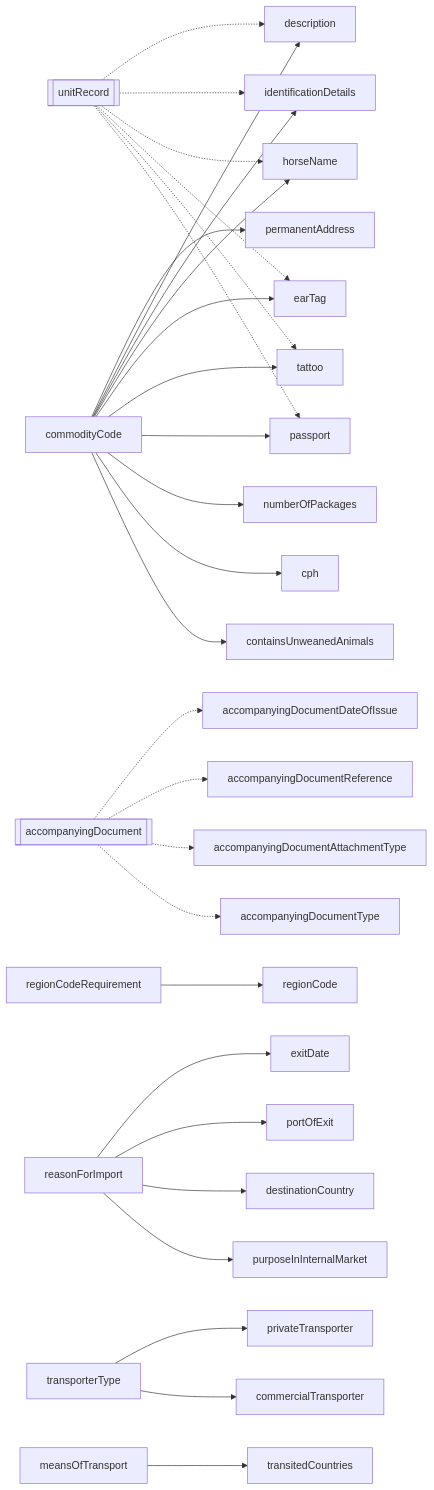
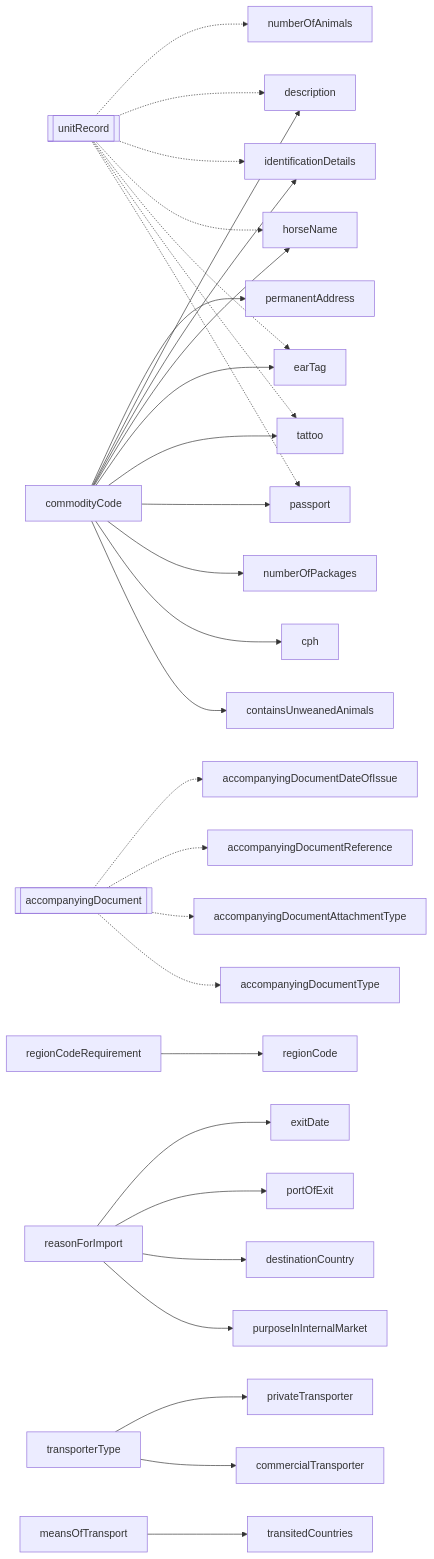
One commit to DEFRA/trade-imports-animals-frontend changed the first of 7 diagrams in prototypes/journey-config-spikes/EUDPA-249-flow-layer/MODEL.md. Above: the diagram before and after it, drawn with Mermaid. The commit also changed other lines of this file and 11 other files, not shown here.

````diff
--- a/prototypes/journey-config-spikes/EUDPA-249-flow-layer/MODEL.md
+++ b/prototypes/journey-config-spikes/EUDPA-249-flow-layer/MODEL.md
@@ -70,33 +72,34 @@
 ```mermaid
 graph LR
   unitRecord[[unitRecord]]
   accompanyingDocument[[accompanyingDocument]]
   regionCodeRequirement --> regionCode
   reasonForImport --> purposeInInternalMarket
   reasonForImport --> destinationCountry
   reasonForImport --> portOfExit
   reasonForImport --> exitDate
   commodityCode --> containsUnweanedAnimals
   transporterType --> commercialTransporter
   transporterType --> privateTransporter
   meansOfTransport --> transitedCountries
   commodityCode --> cph
   commodityCode --> numberOfPackages
   commodityCode --> passport
   commodityCode --> tattoo
   commodityCode --> earTag
   commodityCode --> horseName
   commodityCode --> identificationDetails
   commodityCode --> description
   commodityCode --> permanentAddress
   unitRecord -.-> passport
   unitRecord -.-> tattoo
   unitRecord -.-> earTag
   unitRecord -.-> horseName
   unitRecord -.-> identificationDetails
   unitRecord -.-> description
   accompanyingDocument -.-> accompanyingDocumentType
   accompanyingDocument -.-> accompanyingDocumentAttachmentType
   accompanyingDocument -.-> accompanyingDocumentReference
   accompanyingDocument -.-> accompanyingDocumentDateOfIssue
+  unitRecord -.-> numberOfAnimals
 ```
````
